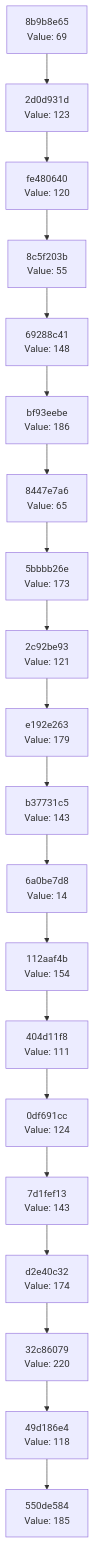
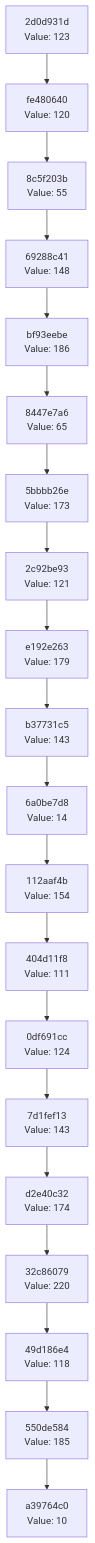
The diagram in docs/CHAIN_VISUALIZATION.md (Abhisheksinha1506/hash-chain-evolver), drawn with Mermaid before and after one commit. The commit also changed 3 other files, not shown here.

````diff
--- a/docs/CHAIN_VISUALIZATION.md
+++ b/docs/CHAIN_VISUALIZATION.md
@@ -3,42 +3,42 @@
 ```mermaid
 graph TD
-    C0["550de584<br/>Value: 185"]
-    C1["49d186e4<br/>Value: 118"]
+    C0["a39764c0<br/>Value: 10"]
+    C1["550de584<br/>Value: 185"]
     C1 --> C0
-    C2["32c86079<br/>Value: 220"]
+    C2["49d186e4<br/>Value: 118"]
     C2 --> C1
-    C3["d2e40c32<br/>Value: 174"]
+    C3["32c86079<br/>Value: 220"]
     C3 --> C2
-    C4["7d1fef13<br/>Value: 143"]
+    C4["d2e40c32<br/>Value: 174"]
     C4 --> C3
-    C5["0df691cc<br/>Value: 124"]
+    C5["7d1fef13<br/>Value: 143"]
     C5 --> C4
-    C6["404d11f8<br/>Value: 111"]
+    C6["0df691cc<br/>Value: 124"]
     C6 --> C5
-    C7["112aaf4b<br/>Value: 154"]
+    C7["404d11f8<br/>Value: 111"]
     C7 --> C6
-    C8["6a0be7d8<br/>Value: 14"]
+    C8["112aaf4b<br/>Value: 154"]
     C8 --> C7
-    C9["b37731c5<br/>Value: 143"]
+    C9["6a0be7d8<br/>Value: 14"]
     C9 --> C8
-    C10["e192e263<br/>Value: 179"]
+    C10["b37731c5<br/>Value: 143"]
     C10 --> C9
-    C11["2c92be93<br/>Value: 121"]
+    C11["e192e263<br/>Value: 179"]
     C11 --> C10
-    C12["5bbbb26e<br/>Value: 173"]
+    C12["2c92be93<br/>Value: 121"]
     C12 --> C11
-    C13["8447e7a6<br/>Value: 65"]
+    C13["5bbbb26e<br/>Value: 173"]
     C13 --> C12
-    C14["bf93eebe<br/>Value: 186"]
+    C14["8447e7a6<br/>Value: 65"]
     C14 --> C13
-    C15["69288c41<br/>Value: 148"]
+    C15["bf93eebe<br/>Value: 186"]
     C15 --> C14
-    C16["8c5f203b<br/>Value: 55"]
+    C16["69288c41<br/>Value: 148"]
     C16 --> C15
-    C17["fe480640<br/>Value: 120"]
+    C17["8c5f203b<br/>Value: 55"]
     C17 --> C16
-    C18["2d0d931d<br/>Value: 123"]
+    C18["fe480640<br/>Value: 120"]
     C18 --> C17
-    C19["8b9b8e65<br/>Value: 69"]
+    C19["2d0d931d<br/>Value: 123"]
     C19 --> C18
 ```
````
